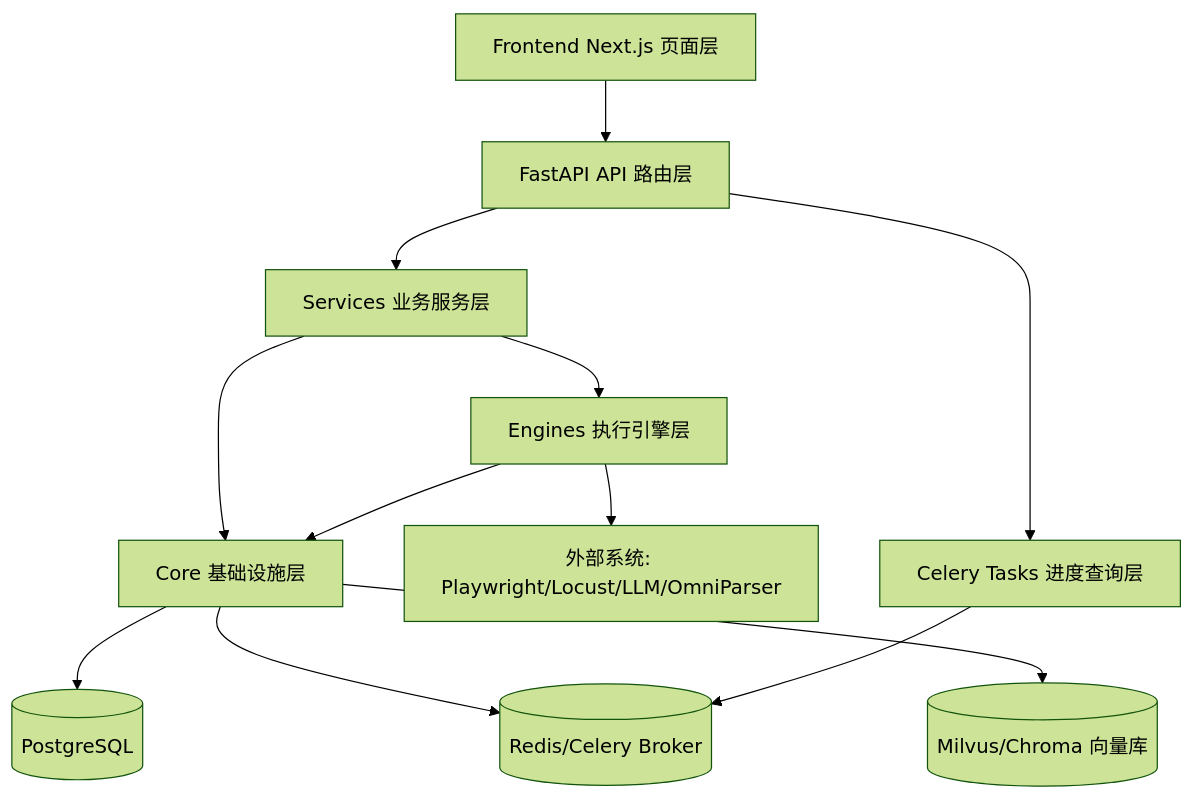
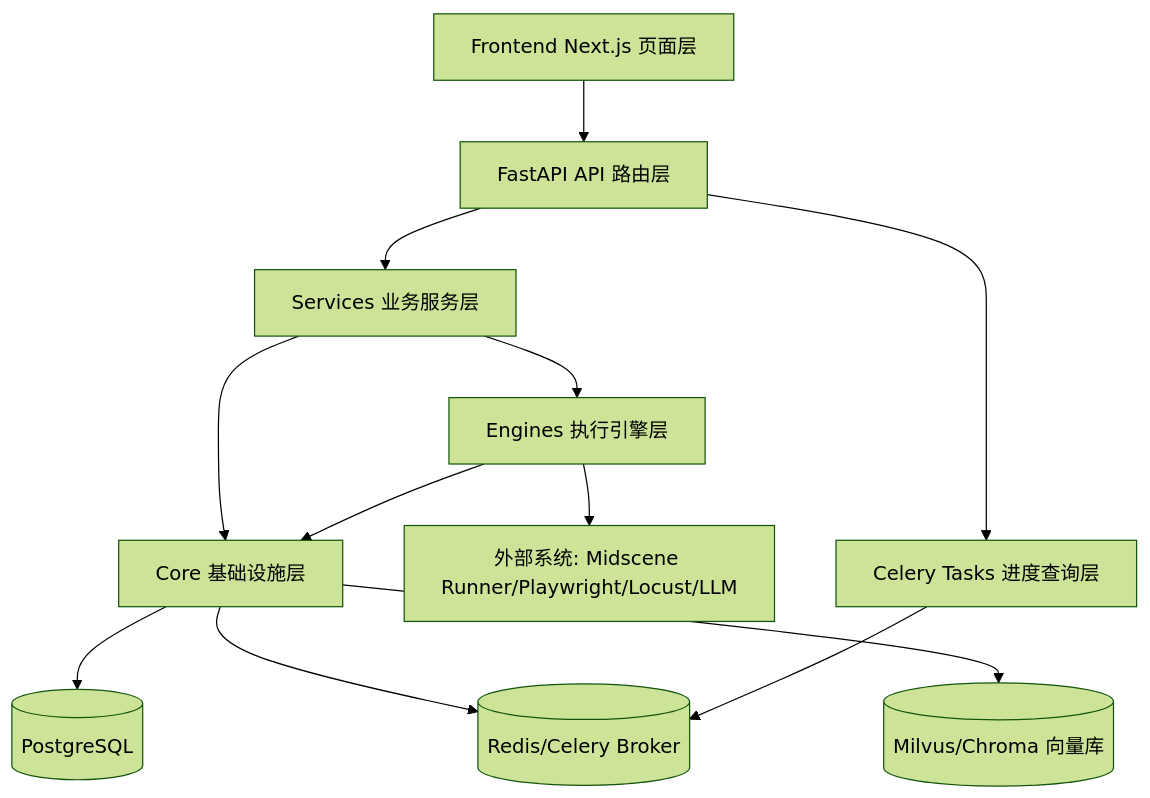
The first of 2 diagrams in docs/模块全景说明书.md (Little-H-lying-flat/ChongMing), drawn with Mermaid (forest theme) before and after one commit. The commit also changed other lines of this file and 144 other files, not shown here.

````diff
--- a/docs/模块全景说明书.md
+++ b/docs/模块全景说明书.md
@@ -22,14 +22,14 @@
 ```mermaid
 flowchart TD
     A[Frontend Next.js 页面层] --> B[FastAPI API 路由层]
     B --> C[Services 业务服务层]
     C --> D[Engines 执行引擎层]
     C --> E[Core 基础设施层]
     D --> E
     E --> F[(PostgreSQL)]
     E --> G[(Redis/Celery Broker)]
     E --> H[(Milvus/Chroma 向量库)]
-    D --> I[外部系统: Playwright/Locust/LLM/OmniParser]
+    D --> I[外部系统: Midscene Runner/Playwright/Locust/LLM]
     B --> J[Celery Tasks 进度查询层]
     J --> G
 ```
````
